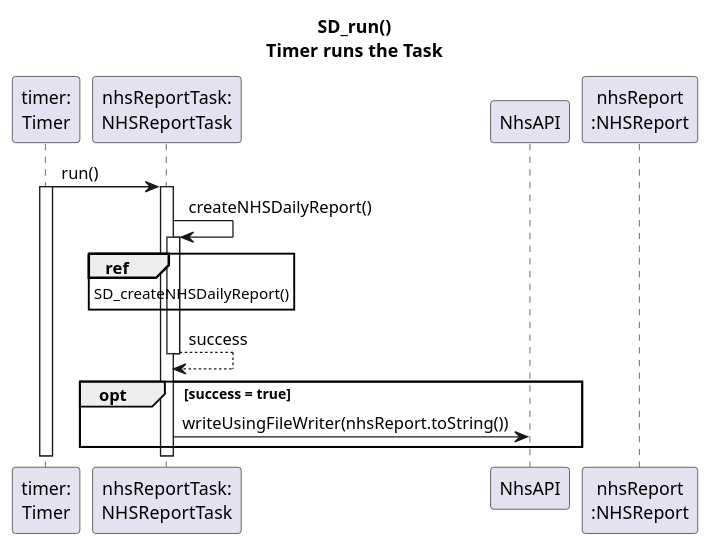
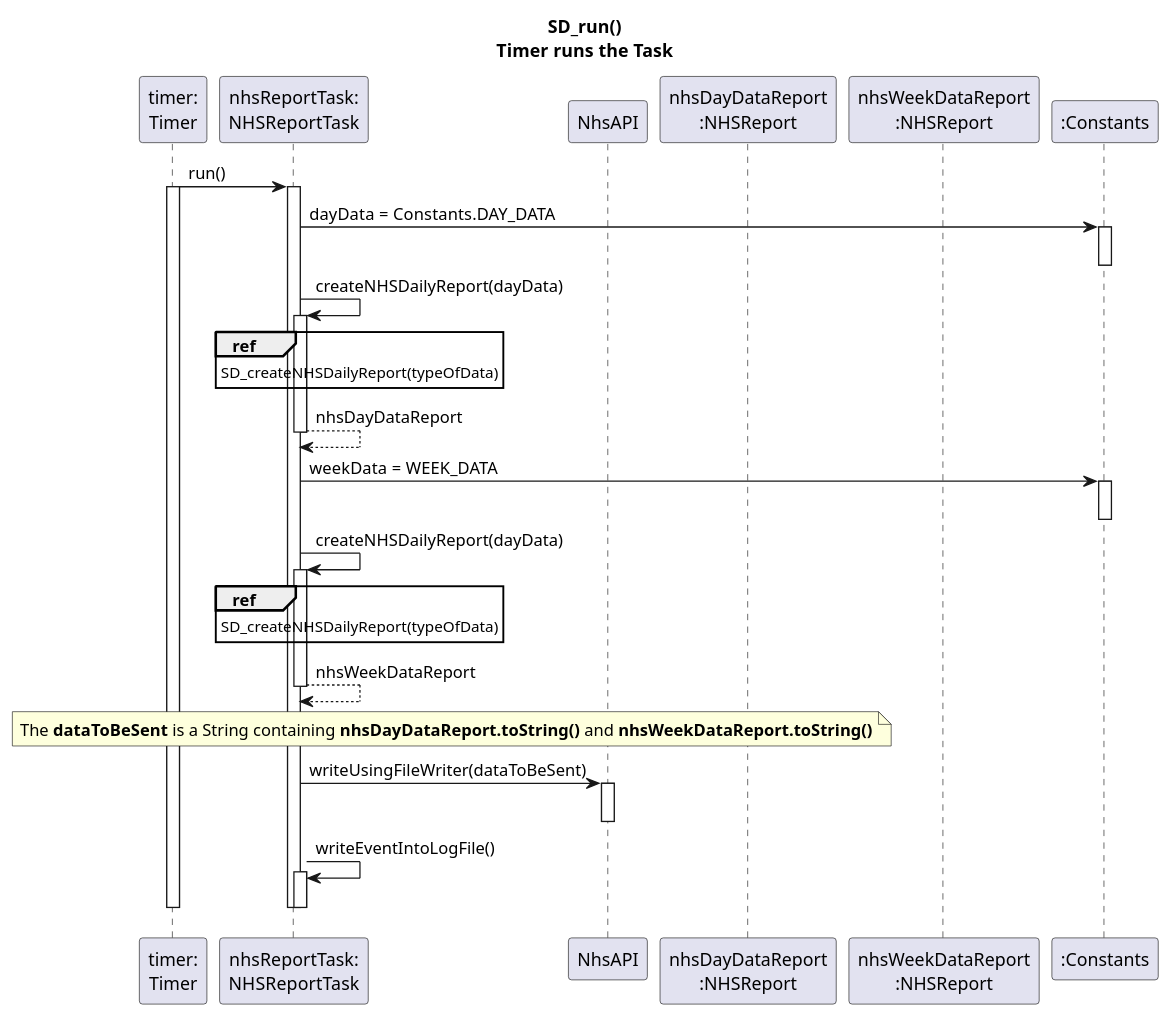
Before and after one commit to ana-albergaria/LAPR2-ISEP: the diagram in docs/SprintD/US_19/US19_SD_Timer_Runs_Task2.puml, drawn with PlantUML. The commit also changed 39 other files, not shown here.

Commit message:
US19 Updating Diagrams

```diff
--- a/docs/SprintD/US_19/US19_SD_Timer_Runs_Task2.puml
+++ b/docs/SprintD/US_19/US19_SD_Timer_Runs_Task2.puml
@@ -1,32 +1,53 @@
 @startuml
 
 title SD_run()\nTimer runs the Task
 
 participant "timer:\nTimer" as TIMER
 participant "nhsReportTask:\nNHSReportTask" as TASK
 participant "NhsAPI" as NHS_API
-participant "nhsReport\n:NHSReport"
+participant "nhsDayDataReport\n:NHSReport"
+participant "nhsWeekDataReport\n:NHSReport"
+participant ":Constants" as CONSTANTS
 
 
 TIMER -> TASK : run()
 activate TIMER
 activate TASK
 
-TASK -> TASK : createNHSDailyReport()
+TASK -> CONSTANTS : dayData = Constants.DAY_DATA
+activate CONSTANTS
+deactivate CONSTANTS
+TASK -> TASK : createNHSDailyReport(dayData)
 activate TASK
 ref over TASK
-SD_createNHSDailyReport()
+SD_createNHSDailyReport(typeOfData)
 end
-TASK --> TASK : success
+TASK --> TASK : nhsDayDataReport
 deactivate TASK
 
-opt success = true
-TASK -> NHS_API : writeUsingFileWriter(nhsReport.toString())
-'ACRESCENTAR PARTE DA FILE + DA LOG FILE!
+TASK -> CONSTANTS : weekData = WEEK_DATA
+activate CONSTANTS
+deactivate CONSTANTS
+TASK -> TASK : createNHSDailyReport(dayData)
+activate TASK
+ref over TASK
+SD_createNHSDailyReport(typeOfData)
 end
+TASK --> TASK : nhsWeekDataReport
+deactivate TASK
+
+note over TASK, NHS_API
+The **dataToBeSent** is a String containing **nhsDayDataReport.toString()** and **nhsWeekDataReport.toString()**
+end note
+TASK -> NHS_API : writeUsingFileWriter(dataToBeSent)
+activate NHS_API
+deactivate NHS_API
+TASK -> TASK : writeEventIntoLogFile()
+activate TASK
+deactivate TASK
 
 deactivate TIMER
 deactivate TASK
 
 
 @enduml
```
